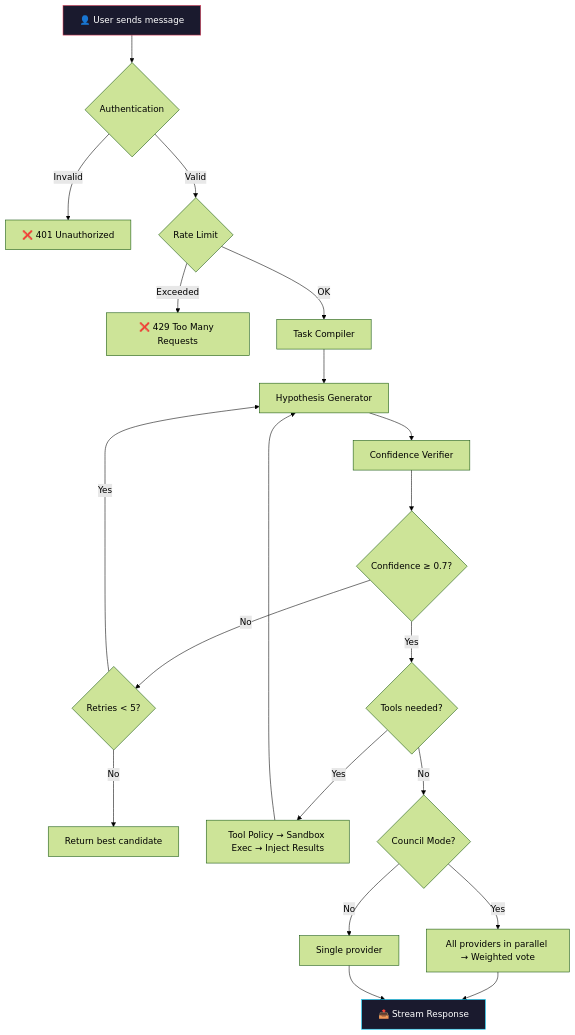
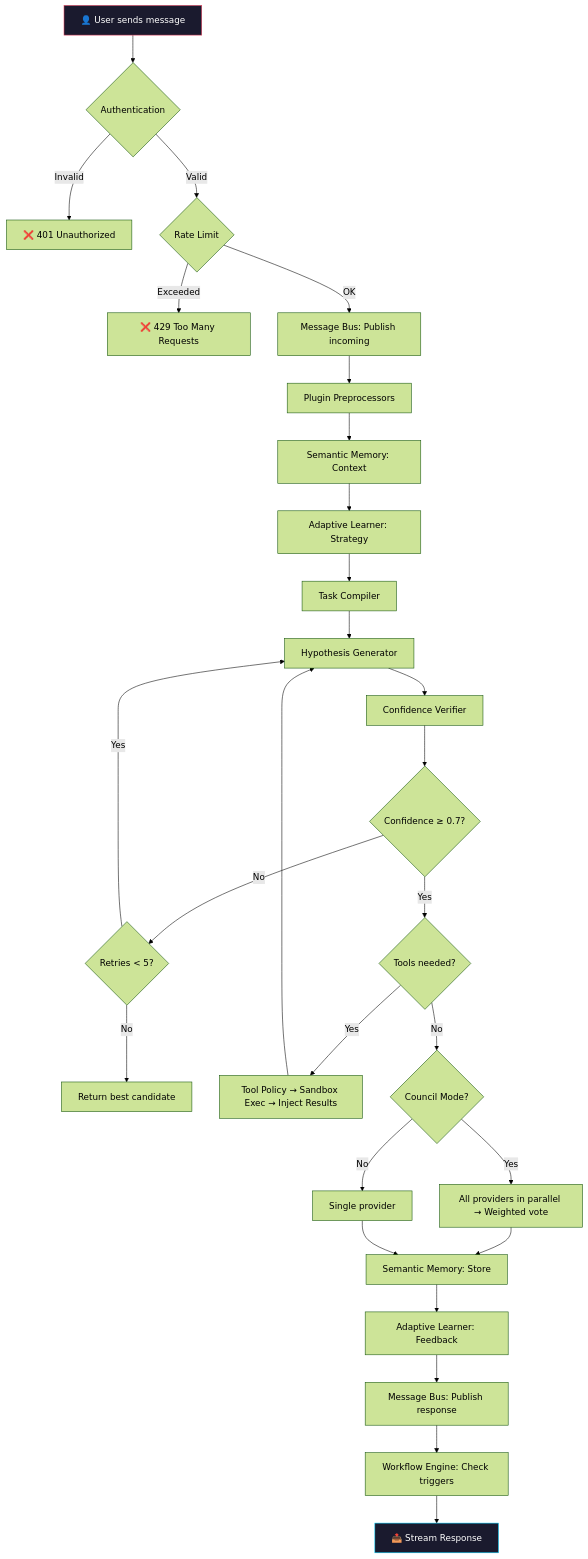
One commit to boopathygamer/astra-agent changed the sixth of 9 diagrams in README.md. Above: the diagram before and after it, drawn with Mermaid (forest theme). The commit also changed other lines of this file, not shown here.

Commit message:
docs: comprehensive README with ultra-performance engine, JARVIS core, governance, and full system documentation

````diff
--- a/README.md
+++ b/README.md
@@ -367,24 +726,32 @@
 ```mermaid
 flowchart TD
     A["👤 User sends message"] --> B{"Authentication"}
     B -->|"Invalid"| B1["❌ 401 Unauthorized"]
     B -->|"Valid"| C{"Rate Limit"}
     C -->|"Exceeded"| C1["❌ 429 Too Many Requests"]
-    C -->|"OK"| D["Task Compiler"]
+    C -->|"OK"| PB["Message Bus: Publish incoming"]
+    PB --> PP["Plugin Preprocessors"]
+    PP --> SM["Semantic Memory: Context"]
+    SM --> AL["Adaptive Learner: Strategy"]
+    AL --> D["Task Compiler"]
     D --> E["Hypothesis Generator"]
     E --> F["Confidence Verifier"]
     F --> G{"Confidence ≥ 0.7?"}
     G -->|"No"| H{"Retries < 5?"}
     H -->|"Yes"| E
     H -->|"No"| I["Return best candidate"]
     G -->|"Yes"| J{"Tools needed?"}
     J -->|"Yes"| K["Tool Policy → Sandbox Exec → Inject Results"]
     K --> E
     J -->|"No"| L{"Council Mode?"}
     L -->|"Yes"| M["All providers in parallel → Weighted vote"]
     L -->|"No"| N["Single provider"]
-    M & N --> O["📤 Stream Response"]
+    M & N --> SM2["Semantic Memory: Store"]
+    SM2 --> ALF["Adaptive Learner: Feedback"]
+    ALF --> MBP["Message Bus: Publish response"]
+    MBP --> WF["Workflow Engine: Check triggers"]
+    WF --> O["📤 Stream Response"]
 
     style A fill:#1a1a2e,stroke:#e94560,color:#fff
     style O fill:#1a1a2e,stroke:#00d2ff,color:#fff
 ```
````
